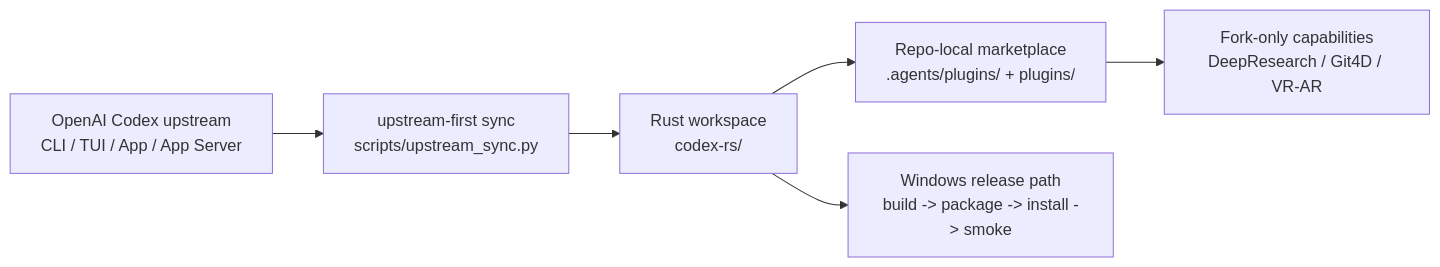
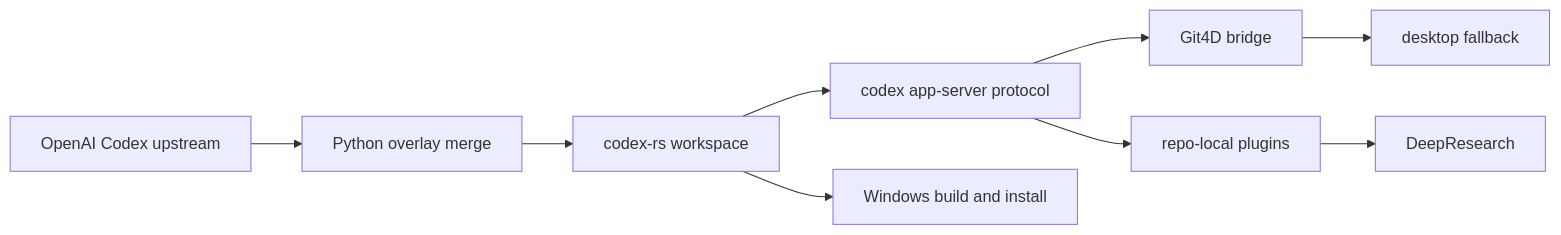
One commit to zapabob/codex changed the diagram in README.md. Above: the diagram before and after it, drawn with Mermaid. The commit also changed other lines of this file and 2814 other files, not shown here.

Commit message:
release: sync upstream codex v3.2.0

````diff
--- a/README.md
+++ b/README.md
@@ -72,8 +60,11 @@
 ```mermaid
 flowchart LR
-    Upstream["OpenAI Codex upstream<br/>CLI / TUI / App / App Server"] --> Sync["upstream-first sync<br/>scripts/upstream_sync.py"]
-    Sync --> Runtime["Rust workspace<br/>codex-rs/"]
-    Runtime --> Plugins["Repo-local marketplace<br/>.agents/plugins/ + plugins/"]
-    Plugins --> Features["Fork-only capabilities<br/>DeepResearch / Git4D / VR-AR"]
-    Runtime --> Windows["Windows release path<br/>build -> package -> install -> smoke"]
+    Upstream["OpenAI Codex upstream"] --> Merge["Python overlay merge"]
+    Merge --> Rust["codex-rs workspace"]
+    Rust --> AppServer["codex app-server protocol"]
+    AppServer --> Git4D["Git4D bridge"]
+    AppServer --> Plugins["repo-local plugins"]
+    Git4D --> Fallback["desktop fallback"]
+    Plugins --> DeepResearch["DeepResearch"]
+    Rust --> Windows["Windows build and install"]
 ```
````
